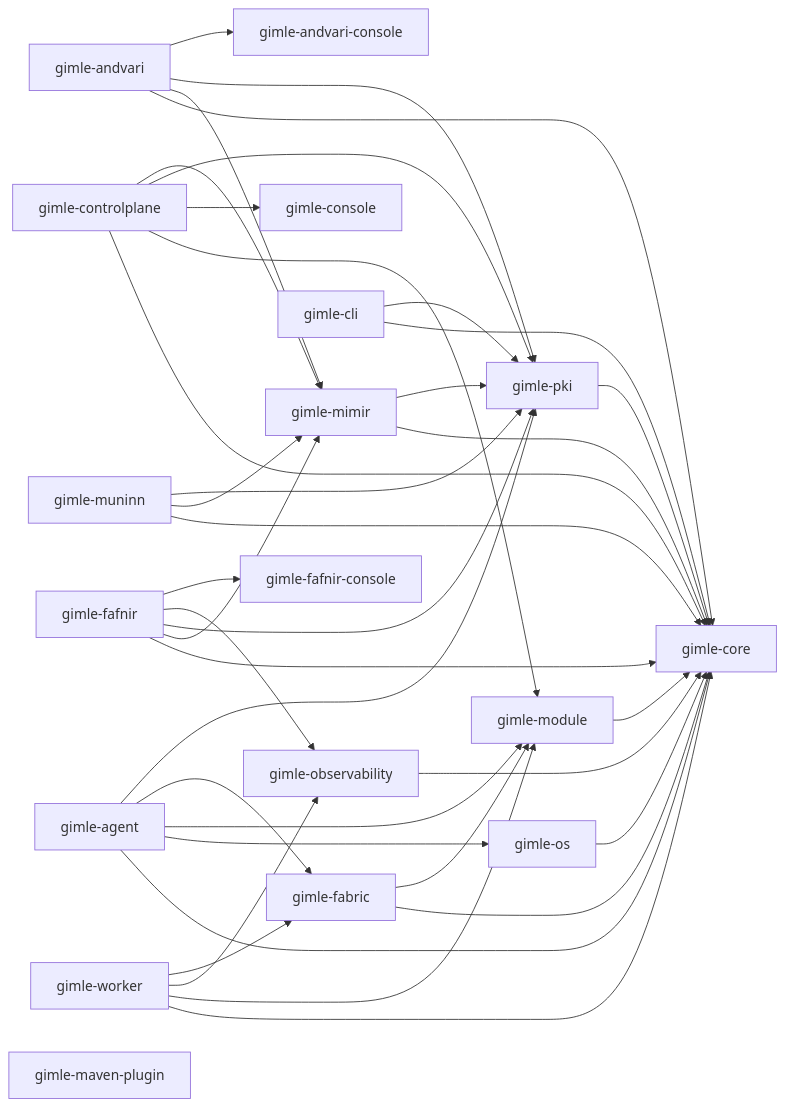
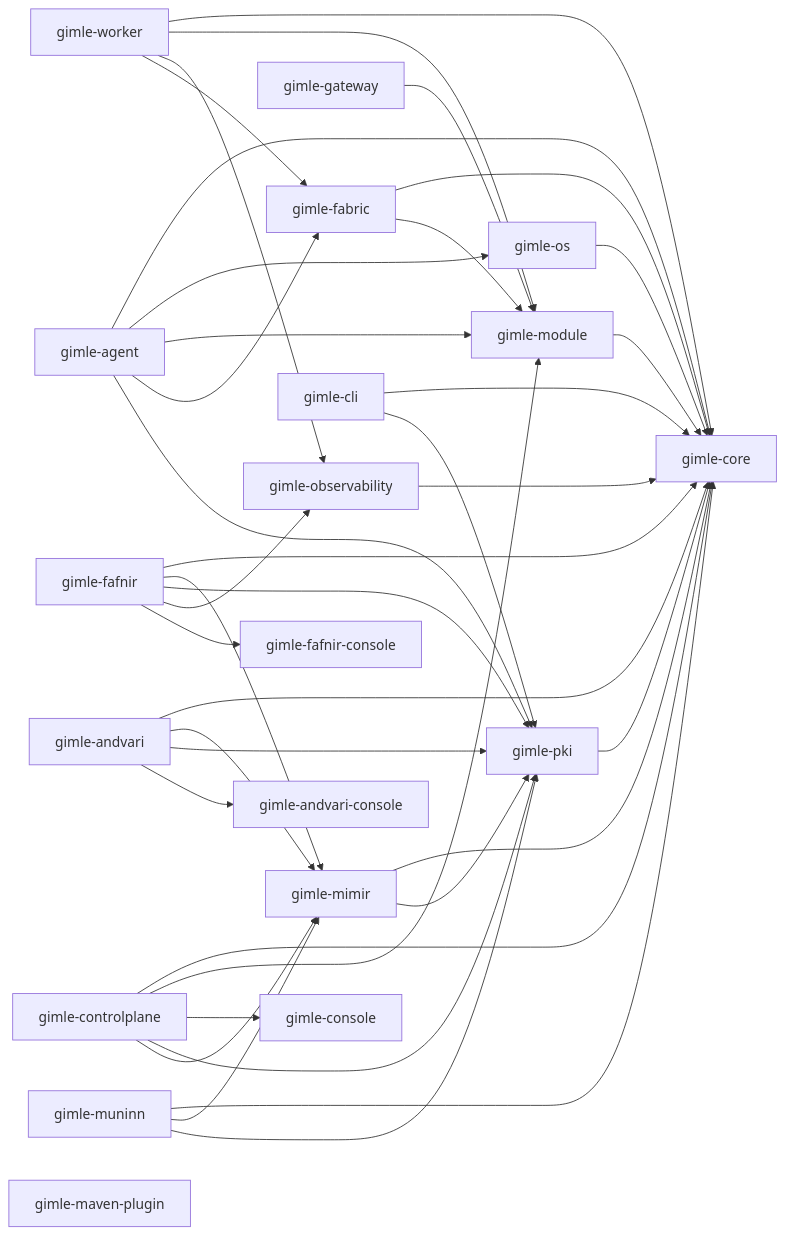
Before and after one commit to ghiloufibg/gimle: the diagram in gimle-docs/docs/contributing/project-structure.md, drawn with Mermaid. The commit also changed other lines of this file and 3 other files, not shown here.

First line of the commit message:
docs: document gimle-gateway and ServiceRegistry#invokeByName

````diff
--- a/gimle-docs/docs/contributing/project-structure.md
+++ b/gimle-docs/docs/contributing/project-structure.md
@@ -16,41 +16,42 @@
 ```mermaid
 graph LR
     core[gimle-core]
     module[gimle-module] --> core
     os[gimle-os] --> core
     observability[gimle-observability] --> core
     fabric[gimle-fabric] --> core
     fabric --> module
+    gateway[gimle-gateway] --> module
     pki[gimle-pki] --> core
     worker[gimle-worker] --> core
     worker --> module
     worker --> observability
     worker --> fabric
     agent[gimle-agent] --> core
     agent --> os
     agent --> module
     agent --> fabric
     agent --> pki
     mimir[gimle-mimir] --> core
     mimir --> pki
     fafnir[gimle-fafnir] --> core
     fafnir --> mimir
     fafnir --> pki
     fafnir --> observability
     fafnir --> fafnirconsole[gimle-fafnir-console]
     muninn[gimle-muninn] --> core
     muninn --> mimir
     muninn --> pki
     andvari[gimle-andvari] --> core
     andvari --> mimir
     andvari --> pki
     andvari --> andvariconsole[gimle-andvari-console]
     controlplane[gimle-controlplane] --> core
     controlplane --> module
     controlplane --> console[gimle-console]
     controlplane --> pki
     controlplane --> mimir
     cli[gimle-cli] --> core
     cli --> pki
     mavenplugin[gimle-maven-plugin]
 ```
````
